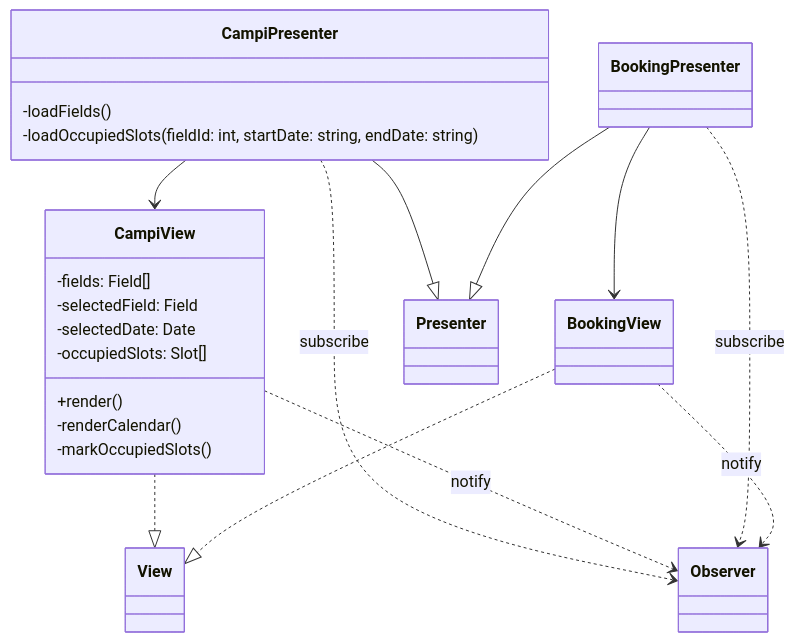
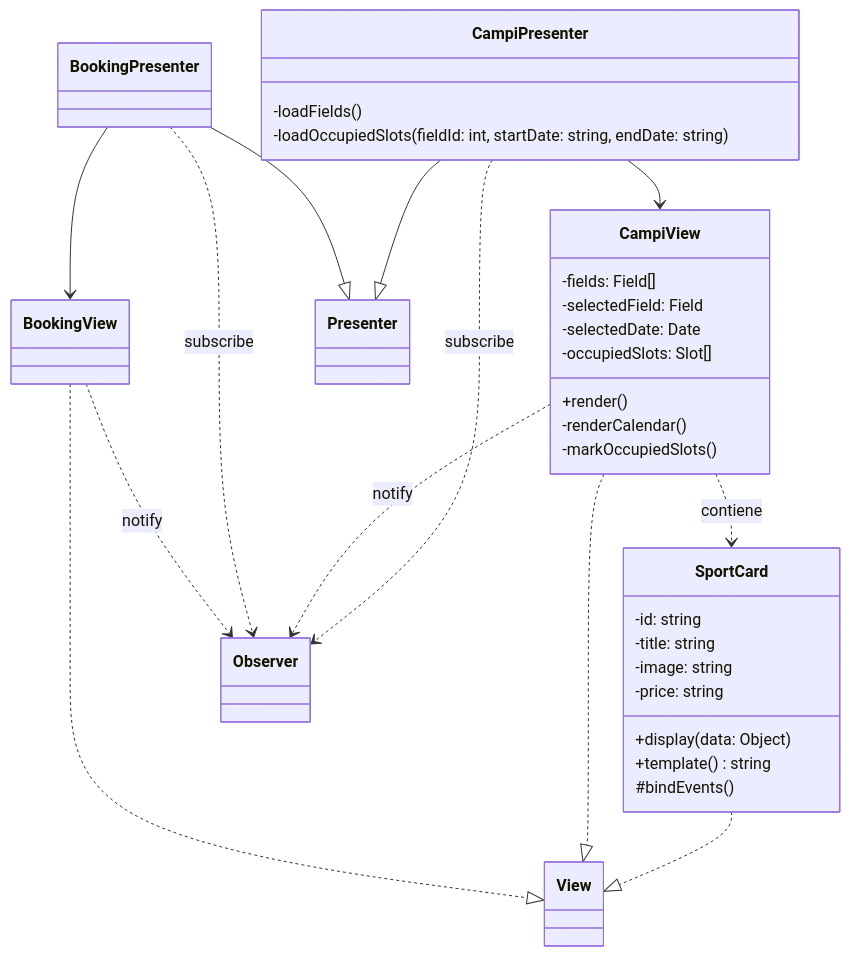
Before and after one commit to mb4dev/progetto-prova: the fourth of 4 diagrams in documentazione/classi_uc03_uc04.md, drawn with Mermaid. The commit also changed 13 other files, not shown here.

````diff
--- a/documentazione/classi_uc03_uc04.md
+++ b/documentazione/classi_uc03_uc04.md
@@ -108,38 +108,43 @@
 ```mermaid
 classDiagram
 
 class CampiView {
     -fields: Field[]
     -selectedField: Field
     -selectedDate: Date
     -occupiedSlots: Slot[]
     +render() 
     -renderCalendar() 
     -markOccupiedSlots() 
 }
 
 class CampiPresenter {
     -loadFields() 
     -loadOccupiedSlots(fieldId: int, startDate: string, endDate: string) 
 }
 
-class BookingView {
+class SportCard {
+    -id: string
+    -title: string
+    -image: string
+    -price: string
+    +display(data: Object)
+    +template() string
+    #bindEvents()
+}
+SportCard ..|> View
 
-}
-
-class BookingPresenter {
-}
-
+CampiView ..> SportCard : contiene
 CampiView ..|> View
 BookingView ..|> View
 CampiPresenter --|> Presenter
 BookingPresenter --|> Presenter
 
 CampiPresenter --> CampiView
 BookingPresenter --> BookingView
 
 CampiPresenter ..> Observer : subscribe
 CampiView ..> Observer : notify
 BookingPresenter ..> Observer : subscribe
 BookingView ..> Observer : notify
 ```
````
